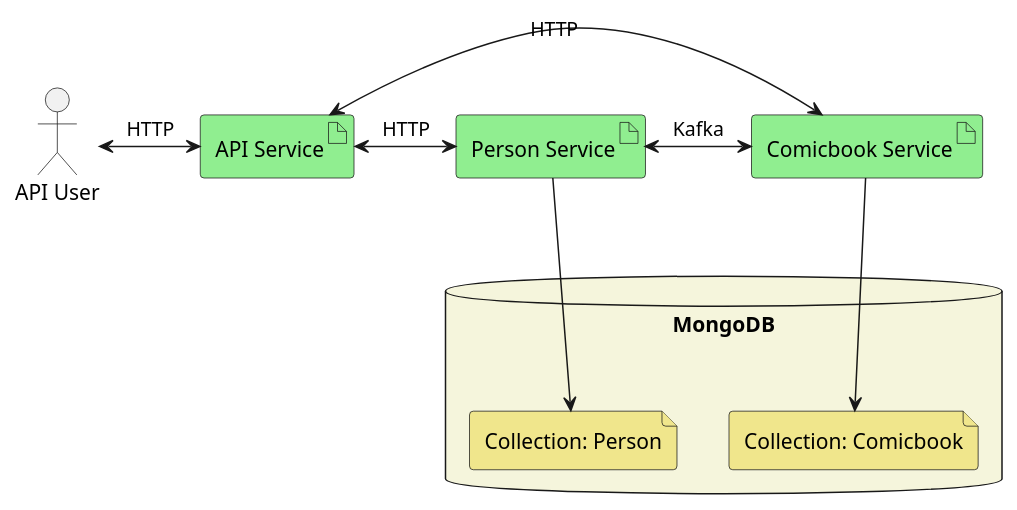
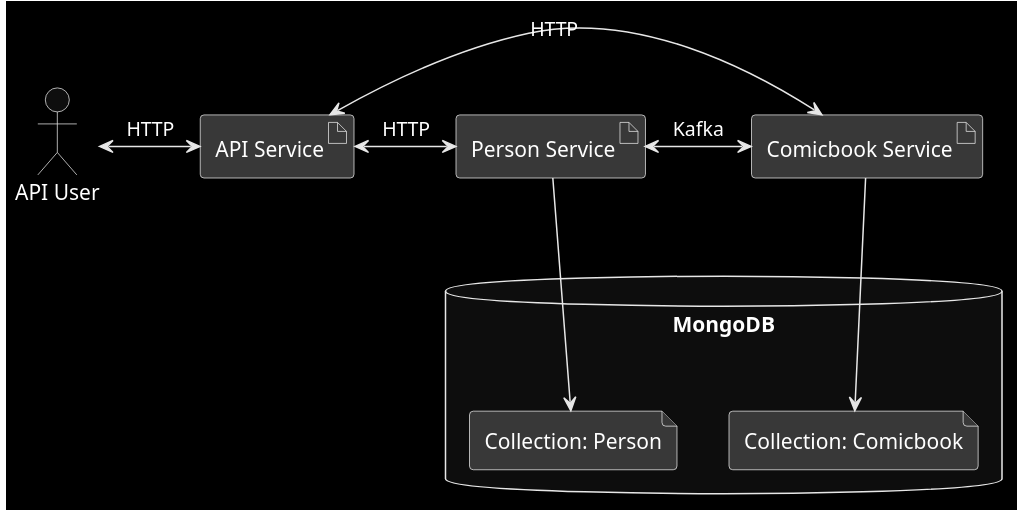
The diagram in doc/usecase.puml (demis27/microservices-kickoff), drawn with PlantUML before and after one commit.

Commit message:
replace use case image

```diff
--- a/doc/usecase.puml
+++ b/doc/usecase.puml
@@ -1,35 +1,36 @@
 @startuml
+skinparam monochrome reverse
 
 :API User: as User
 
 artifact "API Service" as API
 artifact "Comicbook Service" as Comicbook
 artifact "Person Service" as Person
 
 User <-> API: HTTP
 
 API <-> Comicbook: HTTP
 API <-> Person: HTTP
 Person <-> Comicbook: Kafka
 
 database MongoDB {
     file "Collection: Person" as PersonCollection
     file "Collection: Comicbook" as ComicbookCollection
 }
 
 Person --> PersonCollection
 Comicbook --> ComicbookCollection
 
 skinparam artifact {
   backgroundColor lightgreen
 }
 
 skinparam file {
-  backgroundColor khaki
+  backgroundColor lightgreen
 }
 
 skinparam database {
   backgroundColor beige
 }
 
 @enduml
```
